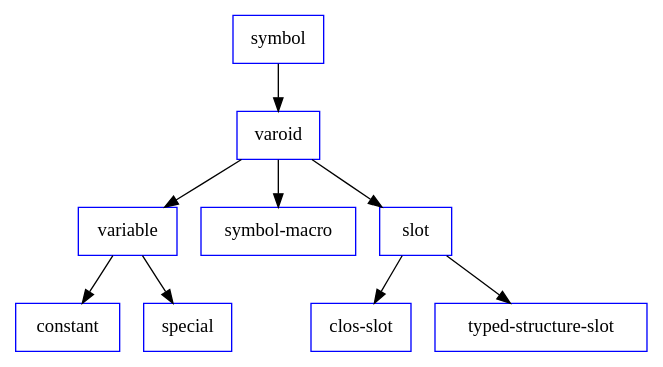
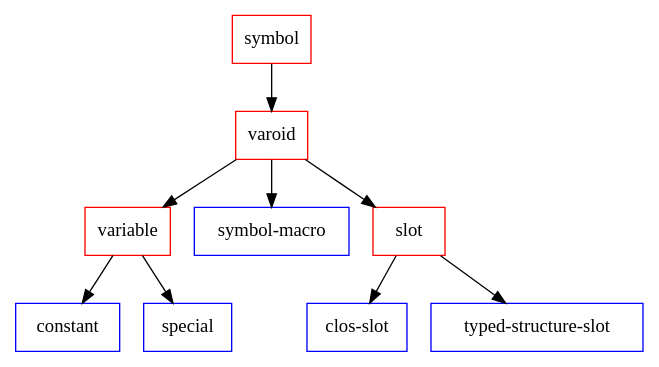
Before and after one commit to didierverna/declt: the diagram in doc/varoids.dot, drawn with Graphviz. The commit also changed 6 other files, not shown here.

```diff
--- a/doc/varoids.dot
+++ b/doc/varoids.dot
@@ -1,20 +1,17 @@
 strict digraph
 {
   rankdir = TD;
   node [ shape = box color = blue ]
 
-  { rank = same "variable" "symbol-macro" "slot" }
-  { rank = same "constant" "special" "clos-slot" "typed-structure-slot" }
+  symbol [ color = red fontname = "times bold" ]
+  varoid [ color = red fontname = "times bold" ]
+  symbol -> varoid
 
-  "symbol" -> "varoid";
+  variable [ color = red fontname = "times bold" ]
+  varoid -> variable -> { constant special }
 
-  "varoid" -> "variable";
-  "variable" -> "constant";
-  "variable" -> "special";
+  varoid -> "symbol-macro"
 
-  "varoid" -> "symbol-macro";
-
-  "varoid" -> "slot"
-  "slot" -> "clos-slot";
-  "slot" -> "typed-structure-slot";
+  slot [ color = red fontname = "times bold" ]
+  varoid -> slot -> { "clos-slot" "typed-structure-slot" }
 }
```
